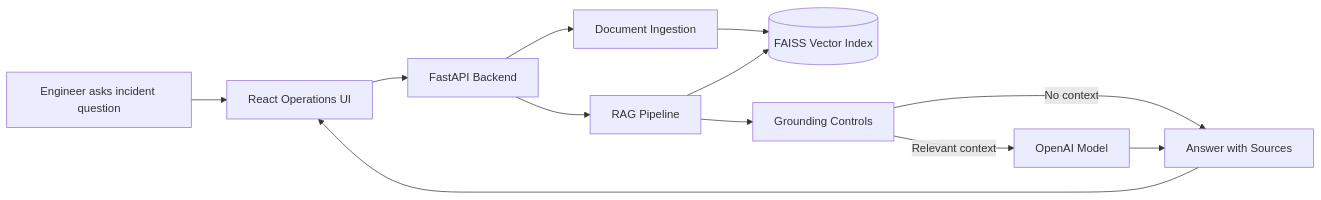
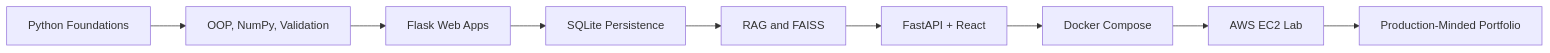
Before and after one commit to reem-mor/ai-engineering-portfolio: the third of 3 diagrams in README.md, drawn with Mermaid. The commit also changed other lines of this file, not shown here.

Commit message:
docs: polish main README as professional AI portfolio

````diff
--- a/README.md
+++ b/README.md
@@ -303,24 +247,11 @@
 ```mermaid
 flowchart LR
-  Engineer[Engineer asks incident question]
-  UI[React Operations UI]
-  API[FastAPI Backend]
-  Ingestion[Document Ingestion]
-  FAISS[(FAISS Vector Index)]
-  RAG[RAG Pipeline]
-  Guardrails[Grounding Controls]
-  LLM[OpenAI Model]
-  Answer[Answer with Sources]
-
-  Engineer --> UI
-  UI --> API
-  API --> Ingestion
-  Ingestion --> FAISS
-  API --> RAG
-  RAG --> FAISS
-  RAG --> Guardrails
-  Guardrails -->|Relevant context| LLM
-  Guardrails -->|No context| Answer
-  LLM --> Answer
-  Answer --> UI
+  Python[Python Foundations] --> Data[OOP, NumPy, Validation]
+  Data --> Web[Flask Web Apps]
+  Web --> DB[SQLite Persistence]
+  DB --> RAG[RAG and FAISS]
+  RAG --> FullStack[FastAPI + React]
+  FullStack --> Docker[Docker Compose]
+  Docker --> Cloud[AWS EC2 Lab]
+  Cloud --> Portfolio[Production-Minded Portfolio]
 ```
````
